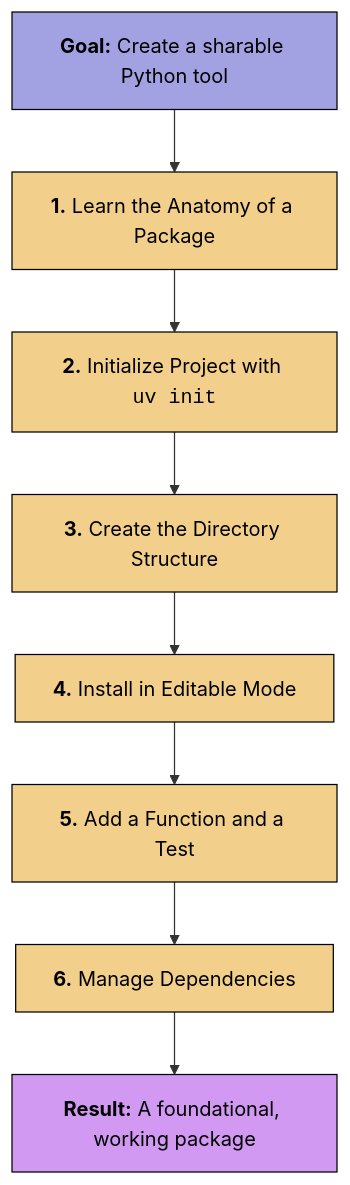
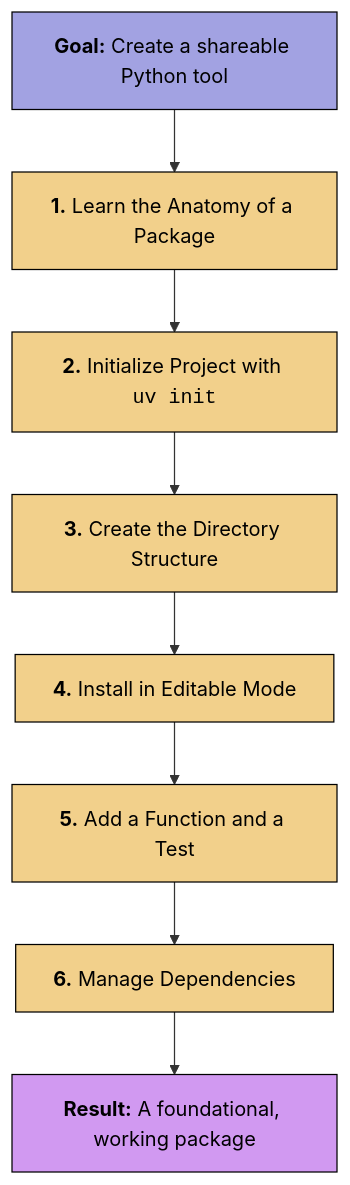
One commit to digital-work-lab/open-source-project changed the diagram in docs/week_3_python_packages.md. Above: the diagram before and after it, drawn with Mermaid.

````diff
--- a/docs/week_3_python_packages.md
+++ b/docs/week_3_python_packages.md
@@ -14,20 +14,20 @@
 ```mermaid
 graph TD
-    A["<b>Goal:</b> Create a sharable Python tool"] --> B["<b>1.</b> Learn the Anatomy of a Package"];
+    A["<b>Goal:</b> Create a shareable Python tool"] --> B["<b>1.</b> Learn the Anatomy of a Package"];
     B --> C["<b>2.</b> Initialize Project with <code>uv init</code>"];
     C --> D["<b>3.</b> Create the Directory Structure"];
     D --> E["<b>4.</b> Install in Editable Mode"];
     E --> F["<b>5.</b> Add a Function and a Test"];
     F --> G["<b>6.</b> Manage Dependencies"];
     G --> H["<b>Result:</b> A foundational, working package"];
 
 
     style A fill:#a2a2e2,stroke:#000,stroke-width:1px,color:#000
     style B fill:#f2d08b,stroke:#000,stroke-width:1px,color:#000
     style C fill:#f2d08b,stroke:#000,stroke-width:1px,color:#000
     style D fill:#f2d08b,stroke:#000,stroke-width:1px,color:#000
     style E fill:#f2d08b,stroke:#000,stroke-width:1px,color:#000
     style F fill:#f2d08b,stroke:#000,stroke-width:1px,color:#000
     style G fill:#f2d08b,stroke:#000,stroke-width:1px,color:#000
     style H fill:#d199f1,stroke:#000,stroke-width:1px,color:#000
 ```
````
